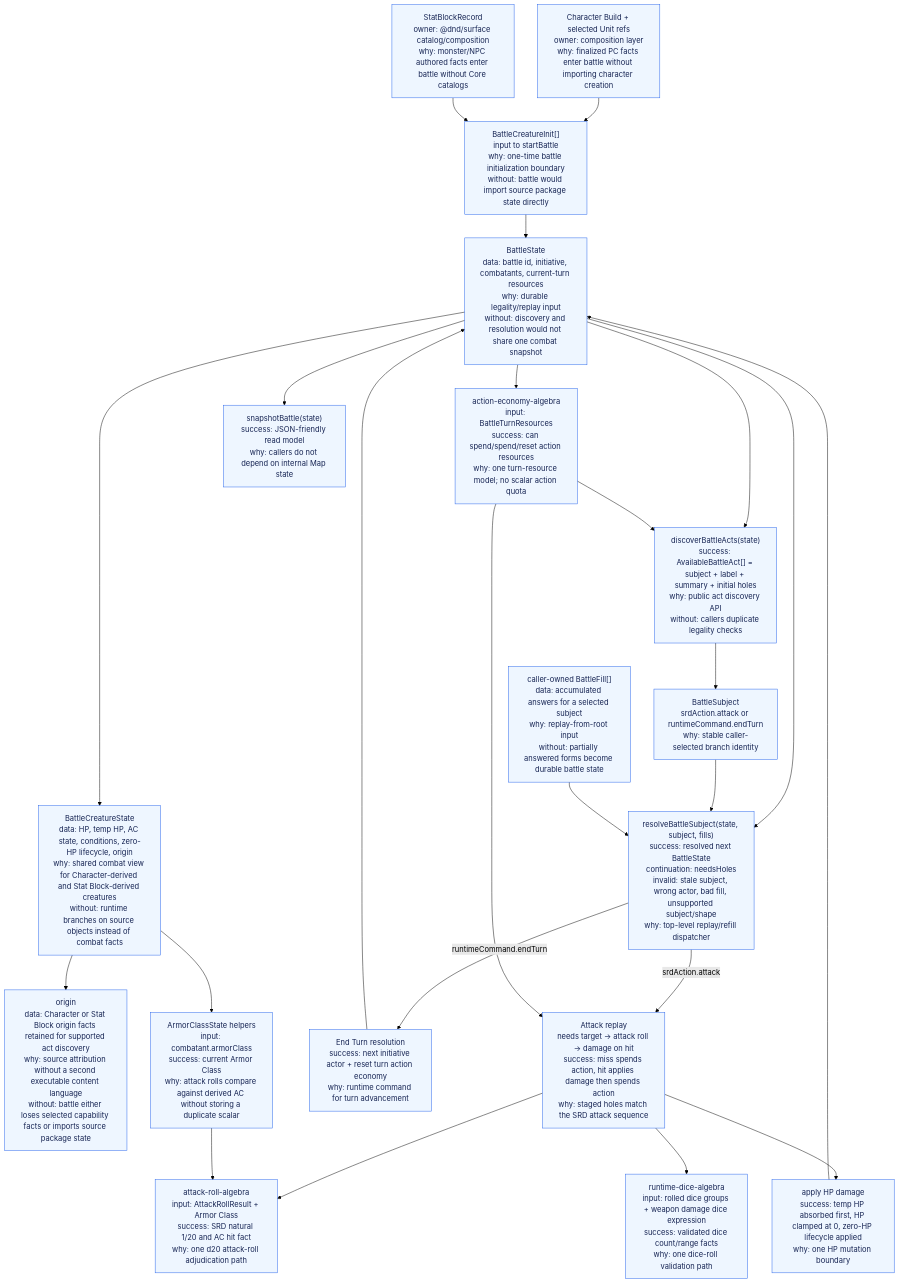
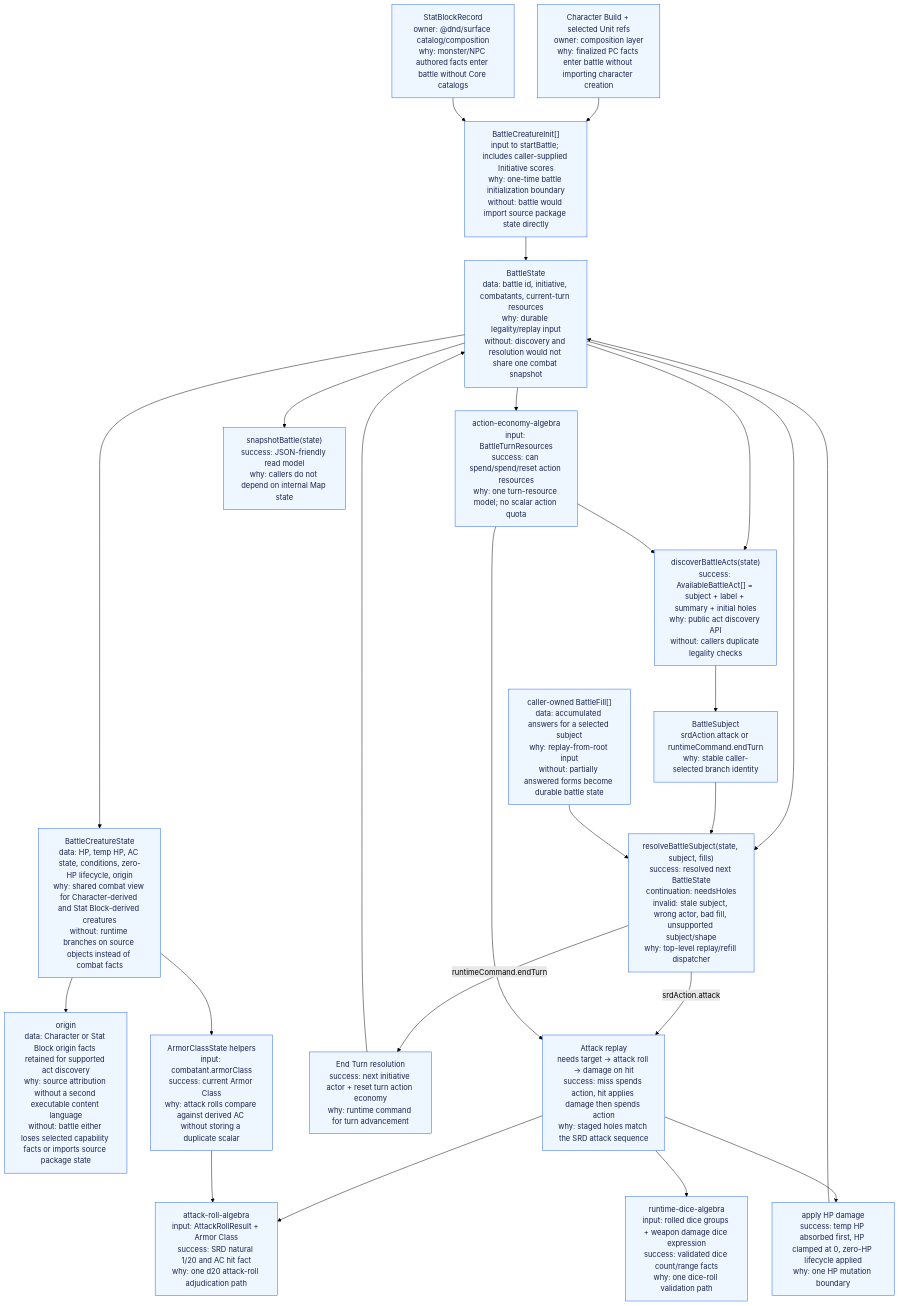
The first of 2 diagrams in packages/battle-runtime/ARCHITECTURE_GRAPH.md (dearlordylord/5e-quint), drawn with Mermaid (forest theme) before and after one commit. The commit also changed other lines of this file and 8 other files, not shown here.

````diff
--- a/packages/battle-runtime/ARCHITECTURE_GRAPH.md
+++ b/packages/battle-runtime/ARCHITECTURE_GRAPH.md
@@ -13,44 +13,44 @@
 ```mermaid
 flowchart TD
   CharacterBuild["Character Build + selected Unit refs<br/>owner: composition layer<br/>why: finalized PC facts enter battle without importing character creation"]
   StatBlock["StatBlockRecord<br/>owner: @dnd/surface catalog/composition<br/>why: monster/NPC authored facts enter battle without Core catalogs"]
-  Init["BattleCreatureInit[]<br/>input to startBattle<br/>why: one-time battle initialization boundary<br/>without: battle would import source package state directly"]
+  Init["BattleCreatureInit[]<br/>input to startBattle; includes caller-supplied Initiative scores<br/>why: one-time battle initialization boundary<br/>without: battle would import source package state directly"]
   State["BattleState<br/>data: battle id, initiative, combatants, current-turn resources<br/>why: durable legality/replay input<br/>without: discovery and resolution would not share one combat snapshot"]
   Creature["BattleCreatureState<br/>data: HP, temp HP, AC state, conditions, zero-HP lifecycle, origin<br/>why: shared combat view for Character-derived and Stat Block-derived creatures<br/>without: runtime branches on source objects instead of combat facts"]
   Origin["origin<br/>data: Character or Stat Block origin facts retained for supported act discovery<br/>why: source attribution without a second executable content language<br/>without: battle either loses selected capability facts or imports source package state"]
   ArmorClass["ArmorClassState helpers<br/>input: combatant.armorClass<br/>success: current Armor Class<br/>why: attack rolls compare against derived AC without storing a duplicate scalar"]
   ActionEconomy["action-economy-algebra<br/>input: BattleTurnResources<br/>success: can spend/spend/reset action resources<br/>why: one turn-resource model; no scalar action quota"]
   AttackRoll["attack-roll-algebra<br/>input: AttackRollResult + Armor Class<br/>success: SRD natural 1/20 and AC hit fact<br/>why: one d20 attack-roll adjudication path"]
   RuntimeDice["runtime-dice-algebra<br/>input: rolled dice groups + weapon damage dice expression<br/>success: validated dice count/range facts<br/>why: one dice-roll validation path"]
   Discover["discoverBattleActs(state)<br/>success: AvailableBattleAct[] = subject + label + summary + initial holes<br/>why: public act discovery API<br/>without: callers duplicate legality checks"]
   Subject["BattleSubject<br/>srdAction.attack or runtimeCommand.endTurn<br/>why: stable caller-selected branch identity"]
   FillSession["caller-owned BattleFill[]<br/>data: accumulated answers for a selected subject<br/>why: replay-from-root input<br/>without: partially answered forms become durable battle state"]
   Resolve["resolveBattleSubject(state, subject, fills)<br/>success: resolved next BattleState<br/>continuation: needsHoles<br/>invalid: stale subject, wrong actor, bad fill, unsupported subject/shape<br/>why: top-level replay/refill dispatcher"]
   EndTurn["End Turn resolution<br/>success: next initiative actor + reset turn action economy<br/>why: runtime command for turn advancement"]
   AttackReplay["Attack replay<br/>needs target -> attack roll -> damage on hit<br/>success: miss spends action, hit applies damage then spends action<br/>why: staged holes match the SRD attack sequence"]
   Damage["apply HP damage<br/>success: temp HP absorbed first, HP clamped at 0, zero-HP lifecycle applied<br/>why: one HP mutation boundary"]
   Snapshot["snapshotBattle(state)<br/>success: JSON-friendly read model<br/>why: callers do not depend on internal Map state"]
 
   CharacterBuild --> Init
   StatBlock --> Init
   Init --> State --> Creature
   Creature --> Origin
   Creature --> ArmorClass
   State --> ActionEconomy
   State --> Discover --> Subject
   State --> Snapshot
   State --> Resolve
   Subject --> Resolve
   FillSession --> Resolve
   Resolve -->|runtimeCommand.endTurn| EndTurn --> State
   Resolve -->|srdAction.attack| AttackReplay
   AttackReplay --> AttackRoll
   AttackReplay --> RuntimeDice
   AttackReplay --> Damage --> State
   ArmorClass --> AttackRoll
   ActionEconomy --> Discover
   ActionEconomy --> AttackReplay
 
   classDef implemented fill:#eef6ff,stroke:#2563eb,color:#172554;
   class CharacterBuild,StatBlock,Init,State,Creature,Origin,ArmorClass,ActionEconomy,AttackRoll,RuntimeDice,Discover,Subject,FillSession,Resolve,EndTurn,AttackReplay,Damage,Snapshot implemented;
 ```
````
